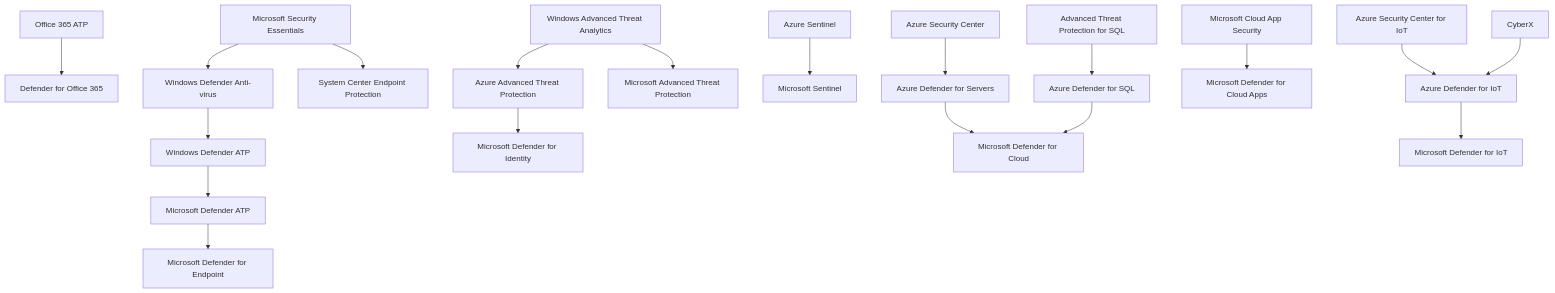
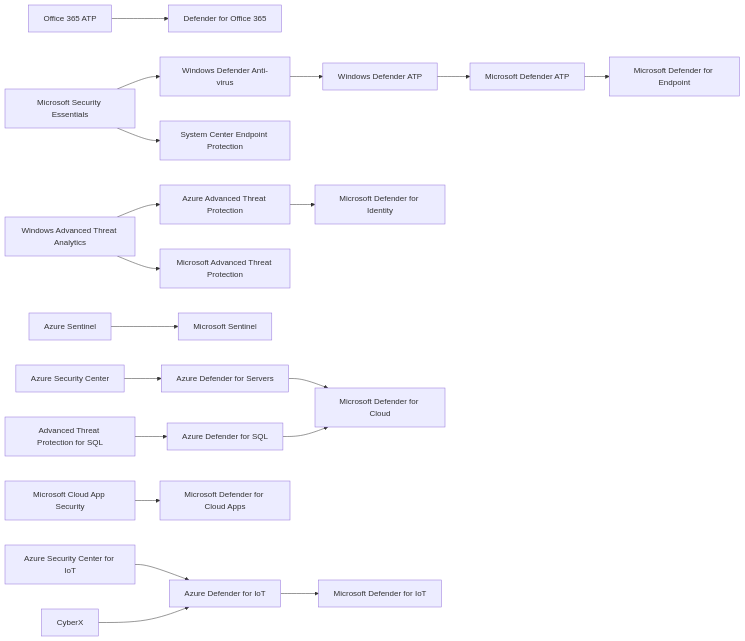
The first of 4 diagrams in README.md (jlaundry/MicrosoftNaming), drawn with Mermaid before and after one commit.

````diff
--- a/README.md
+++ b/README.md
@@ -12,20 +12,20 @@
 ```mermaid
-graph TD;
+graph LR;
 
     O365ATP[Office 365 ATP] --> DfO365[Defender for Office 365];
     MSE[Microsoft Security Essentials] --> WDAV[Windows Defender Anti-virus] --> WDATP[Windows Defender ATP] --> MDATP[Microsoft Defender ATP] --> MDfE[Microsoft Defender for Endpoint];
     MSE --> SCEP[System Center Endpoint Protection];
     WATA[Windows Advanced Threat Analytics] --> AATP[Azure Advanced Threat Protection] --> MDfI[Microsoft Defender for Identity];
     WATA --> MATP[Microsoft Advanced Threat Protection];
 
     ASentinel[Azure Sentinel] --> Sentinel[Microsoft Sentinel];
     
     ASC[Azure Security Center] --> ADfS[Azure Defender for Servers] --> MDfC[Microsoft Defender for Cloud];
     ATPfSQL[Advanced Threat Protection for SQL] --> ADfSQL[Azure Defender for SQL] --> MDfC;
     
     MCAS[Microsoft Cloud App Security] --> MDfCA[Microsoft Defender for Cloud Apps];
     
     ASCfIoT[Azure Security Center for IoT] --> ADfIoT[Azure Defender for IoT] --> MDfIoT[Microsoft Defender for IoT];
     CyberX --> ADfIoT
 
 ```
````
